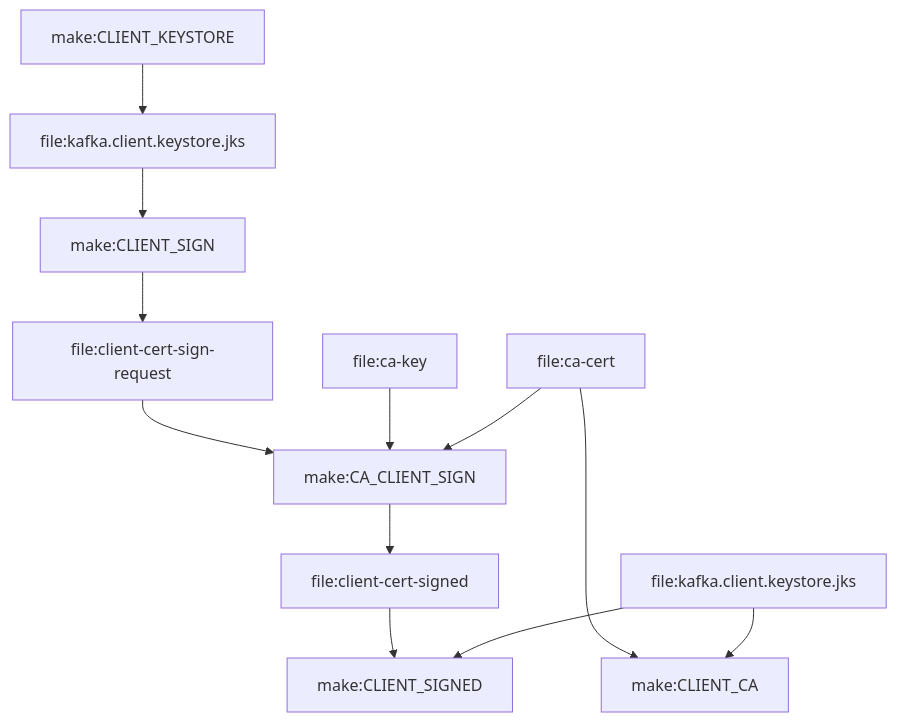
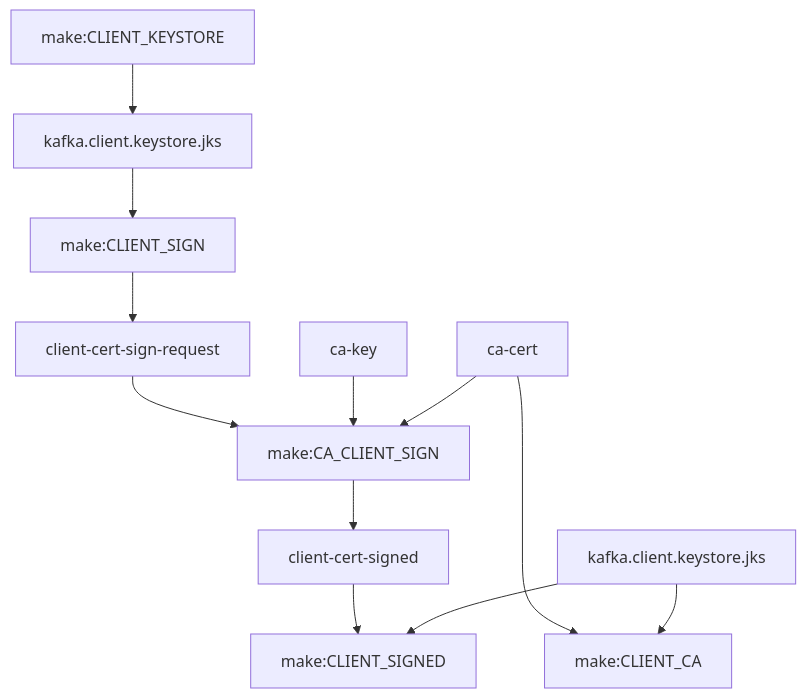
One commit to decodableco/examples changed the sixth of 6 diagrams in mtls/README.md. Above: the diagram before and after it, drawn with Mermaid. The commit also changed other lines of this file, not shown here.

````diff
--- a/mtls/README.md
+++ b/mtls/README.md
@@ -121,17 +145,17 @@
 ```mermaid
 flowchart TD;
 
-make:CLIENT_KEYSTORE:::make-->jks[file:kafka.client.keystore.jks]:::file
+make:CLIENT_KEYSTORE-->jks[kafka.client.keystore.jks]
 
-jks-->make:CLIENT_SIGN:::make-->file:client-cert-sign-request:::file
+jks-->make:CLIENT_SIGN-->client-cert-sign-request
 
-file:ca-cert-->make:CA_CLIENT_SIGN:::make-->file:client-cert-signed:::file
-file:ca-key-->make:CA_CLIENT_SIGN
-file:client-cert-sign-request:::file-->make:CA_CLIENT_SIGN
+ca-cert-->make:CA_CLIENT_SIGN-->client-cert-signed
+ca-key-->make:CA_CLIENT_SIGN
+client-cert-sign-request-->make:CA_CLIENT_SIGN
 
-file:kafka.client.keystore.jks-->make:CLIENT_CA:::make
-file:ca-cert-->make:CLIENT_CA:::make
+kafka.client.keystore.jks-->make:CLIENT_CA
+ca-cert-->make:CLIENT_CA
 
-file:kafka.client.keystore.jks-->make:CLIENT_SIGNED:::make
-file:client-cert-signed-->make:CLIENT_SIGNED
+kafka.client.keystore.jks-->make:CLIENT_SIGNED
+client-cert-signed-->make:CLIENT_SIGNED
 ```
````
